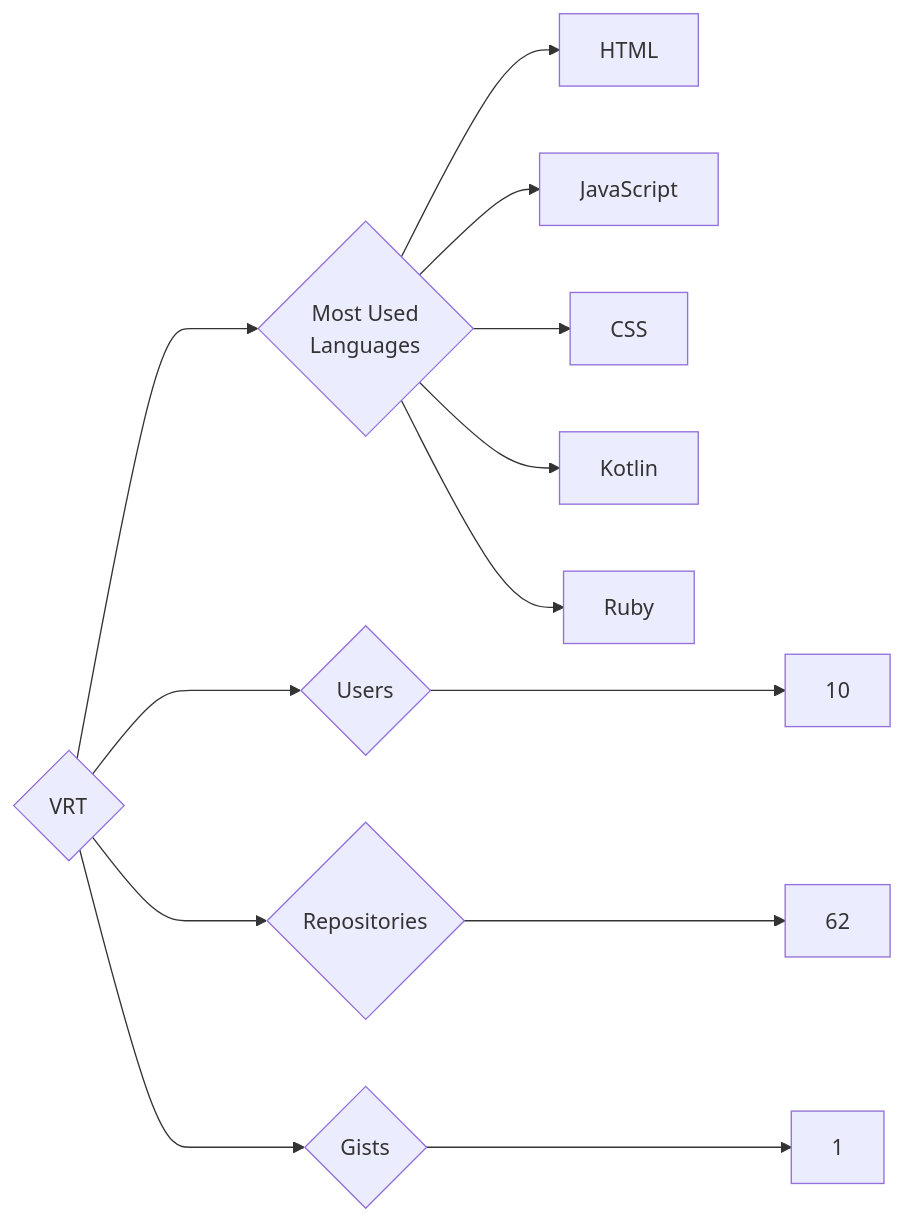
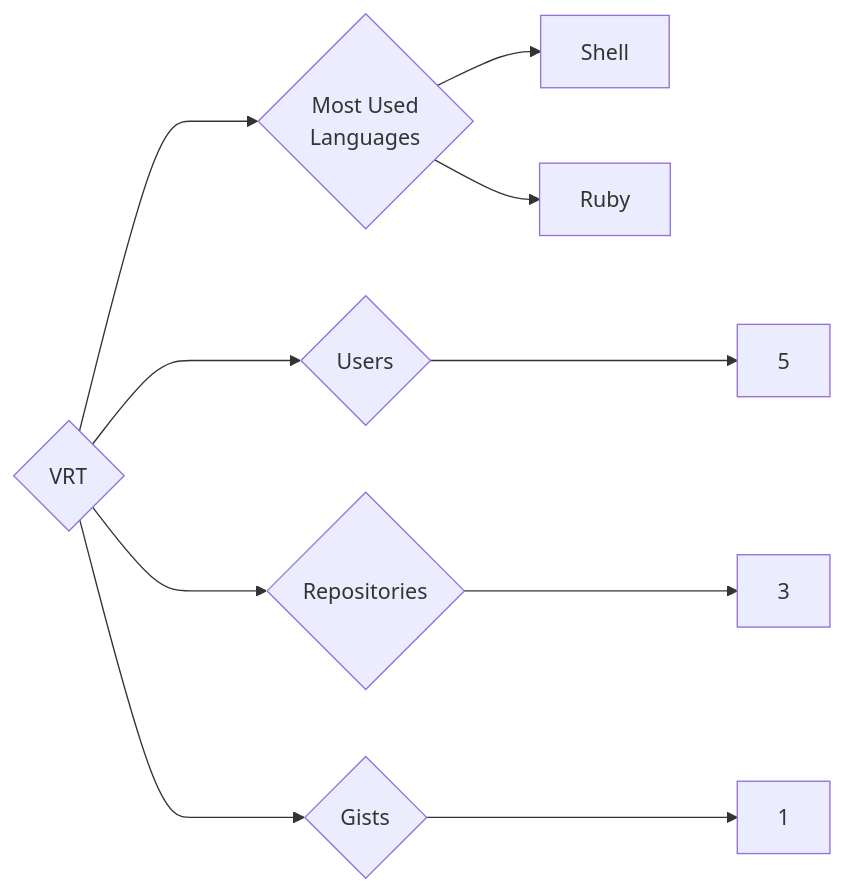
One commit to trickest/insiders changed the diagram in targets/VRT/README.md. Above: the diagram before and after it, drawn with Mermaid. The commit also changed 815 other files, not shown here.

````diff
--- a/targets/VRT/README.md
+++ b/targets/VRT/README.md
@@ -3,13 +3,10 @@
 ```mermaid
 graph LR
 COMPANY_NAME{VRT}
-COMPANY_NAME ---> U{Users} ---> UN[10]
-COMPANY_NAME ---> R{Repositories} ---> RN[62]
+COMPANY_NAME ---> U{Users} ---> UN[5]
+COMPANY_NAME ---> R{Repositories} ---> RN[3]
 COMPANY_NAME ---> G{Gists} ---> GN[1]
 COMPANY_NAME ---> ML{Most Used<br>Languages}
-ML --> HTML[HTML]
-ML --> JavaScript[JavaScript]
-ML --> CSS[CSS]
-ML --> Kotlin[Kotlin]
+ML --> Shell[Shell]
 ML --> Ruby[Ruby]
 ```
````
